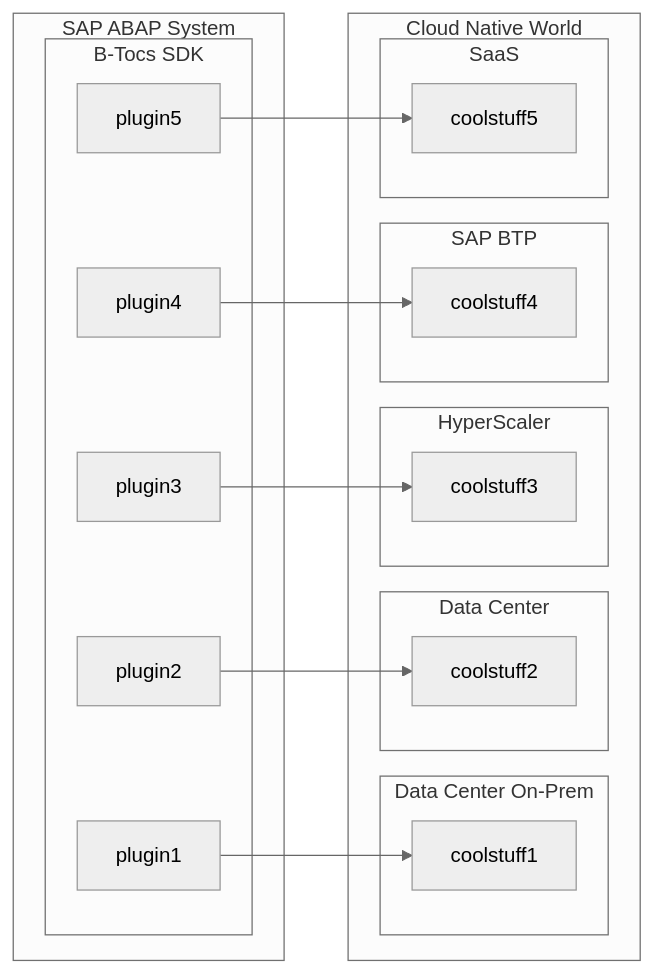
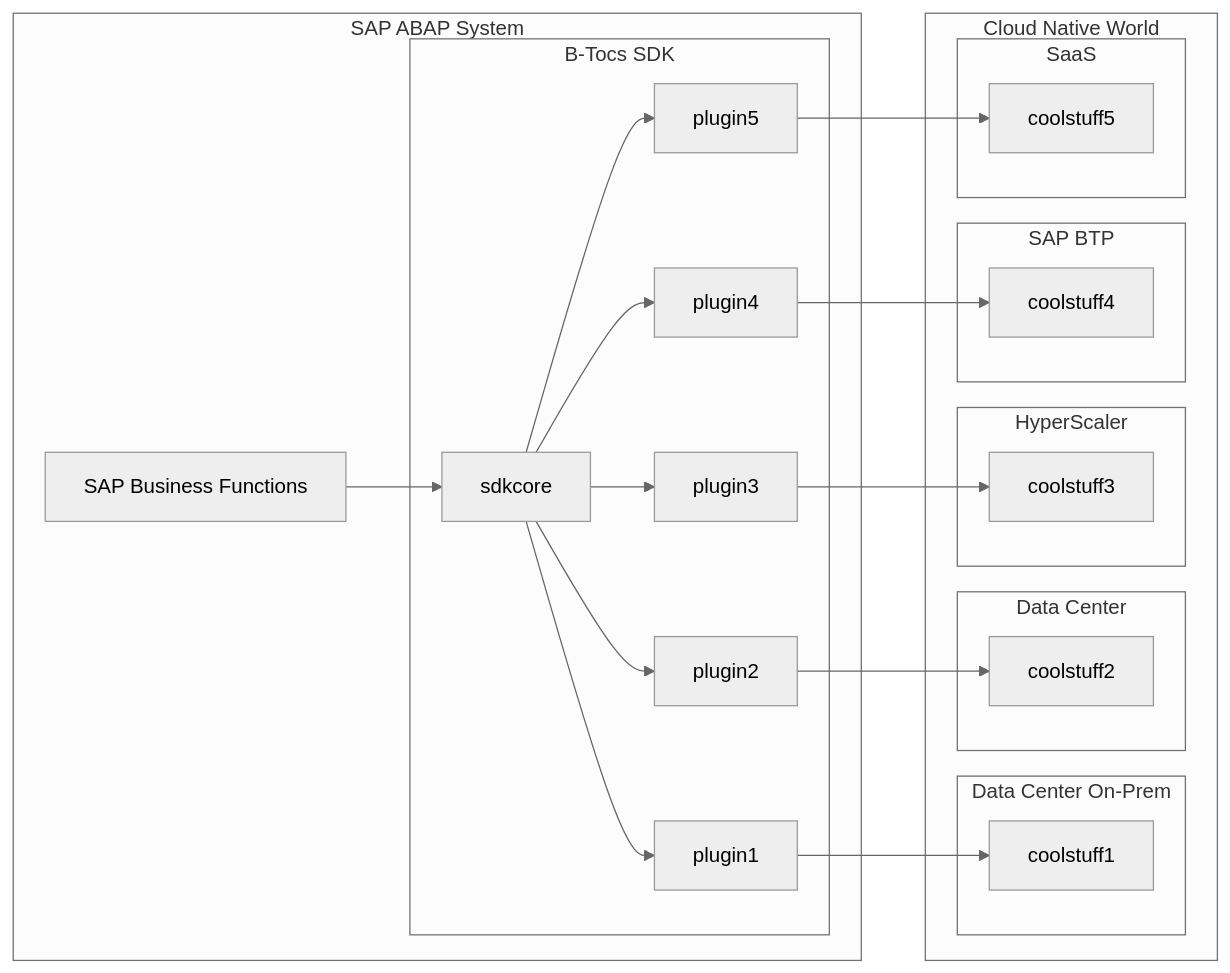
One commit to b-tocs/abap_btocs_core changed the diagram in README.md. Above: the diagram before and after it, drawn with Mermaid (neutral theme).

````diff
--- a/README.md
+++ b/README.md
@@ -14,38 +14,45 @@
 ```mermaid
 flowchart LR
     subgraph sap["SAP ABAP System"]
-    
+        sap_bf["SAP Business Functions"]
         subgraph sdk["B-Tocs SDK"]
             plugin1
             plugin2
             plugin3
             plugin4
             plugin5
+            sdkcore
+            sdkcore-->plugin1
+            sdkcore-->plugin2
+            sdkcore-->plugin3
+            sdkcore-->plugin4
+            sdkcore-->plugin5
         end
+        sap_bf-->sdkcore
     end
 
     subgraph cloud-native-world["Cloud Native World"]
         subgraph onpremise["Data Center On-Prem"]
             coolstuff1
         end
         subgraph datacenter["Data Center"]
             coolstuff2
         end
         subgraph hyperscaler["HyperScaler"]
             coolstuff3
         end
         subgraph sapbtp["SAP BTP"]
             coolstuff4
         end
         subgraph saas["SaaS"]
             coolstuff5
         end
     end
 
     plugin1 --> coolstuff1    
     plugin2 --> coolstuff2    
     plugin3 --> coolstuff3    
     plugin4 --> coolstuff4    
     plugin5 --> coolstuff5    
 
 ```
````
